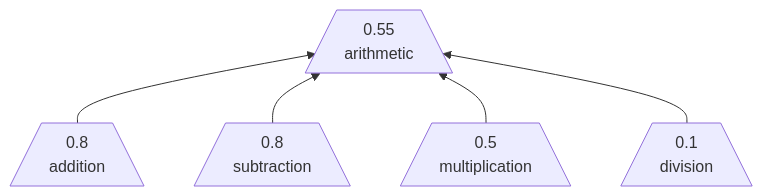
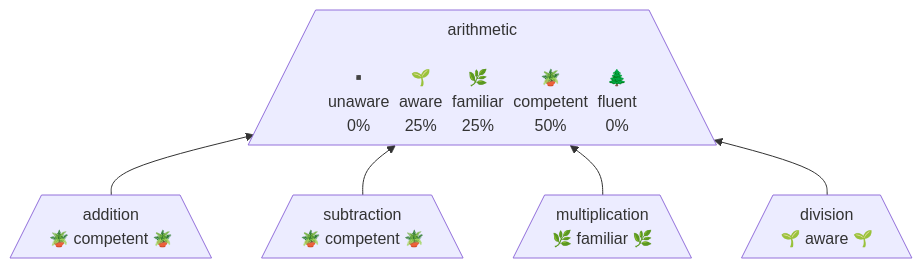
One commit to openproficiency/model changed the first of 6 diagrams in specs/topic-score.md. Above: the diagram before and after it, drawn with Mermaid. The commit also changed other lines of this file and 1 other file, not shown here.

````diff
--- a/specs/topic-score.md
+++ b/specs/topic-score.md
@@ -28,9 +20,17 @@
 ```mermaid
 flowchart BT
-arithmetic[/0.55<br/>arithmetic\]
 
-addition[/"0.8<br/>addition"\] --> arithmetic
-subtraction[/0.8<br/>subtraction\] --> arithmetic
-multiplication[/0.5<br/>multiplication\] --> arithmetic
-division[/0.1<br/>division\] --> arithmetic
+arithmetic@{ shape: trapezoid, label: "arithmetic<br/>
+<div style='display: flex;'>
+<div style='padding:0em 0.3em'>▪️<br/>unaware<br/>0%</div>
+<div style='padding:0em 0.3em'>🌱<br/>aware<br/>25%</div>
+<div style='padding:0em 0.3em'>🌿<br/>familiar<br/>25%</div>
+<div style='padding:0em 0.3em'>🪴<br/>competent<br/>50%</div>
+<div style='padding:0em 0.3em'>🌲<br/>fluent<br/>0%</div>
+</div>"}
+
+addition[/addition<br/>🪴 competent 🪴\] --> arithmetic
+subtraction[/subtraction<br/>🪴 competent 🪴\] --> arithmetic
+multiplication[/multiplication<br/>🌿 familiar 🌿\] --> arithmetic
+division[/division<br/>🌱 aware 🌱\] --> arithmetic
 ```
````
